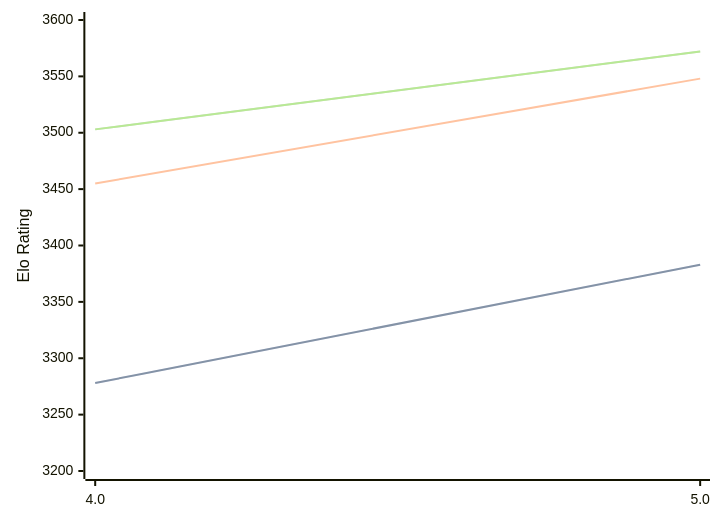
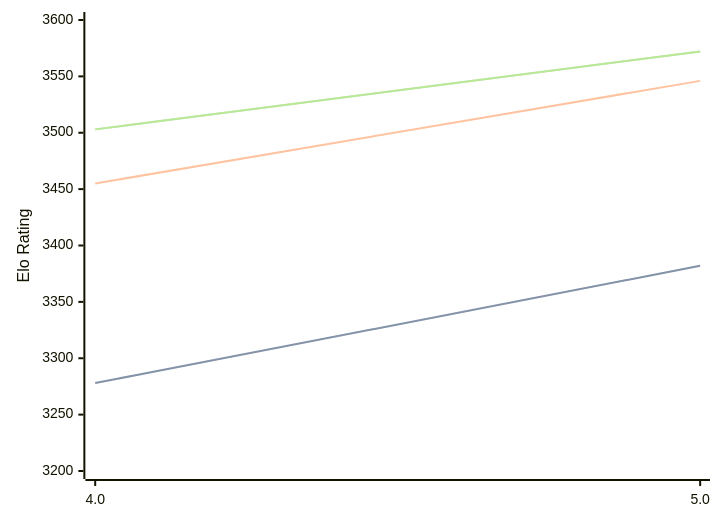
Before and after one commit to computer-chess-index/cci: the diagram in engines/Tarnished.md, drawn with Mermaid. The commit also changed other lines of this file, not shown here.

Commit message:
Update CCI Ratings (ELO VLTC) - 2026-03-25

````diff
--- a/engines/Tarnished.md
+++ b/engines/Tarnished.md
@@ -36,11 +36,11 @@
 ```mermaid
 %%{init: {"theme":"base","themeVariables":{"seriesColors:['#a3a3a3','#222221','#faa371']}}}%%
 xychart-beta
   x-axis ["4.0", "5.0"]
   y-axis "Elo Rating" 3200 --> 3600
-  line "STC (8.0+0.08s)" [3278, 3383]
-  line "STC (8.0+0.08s)" [3278, 3383]
-  line "LTC (60.0+0.60s)" [3455, 3548]
+  line "STC (8.0+0.08s)" [3278, 3382]
+  line "STC (8.0+0.08s)" [3278, 3382]
+  line "LTC (60.0+0.60s)" [3455, 3546]
   line "VLTC (2m24s+1.12s)" [3503, 3572]
   line "VLTC (2m24s+1.12s)" [3503, 3572]
 ```
````
